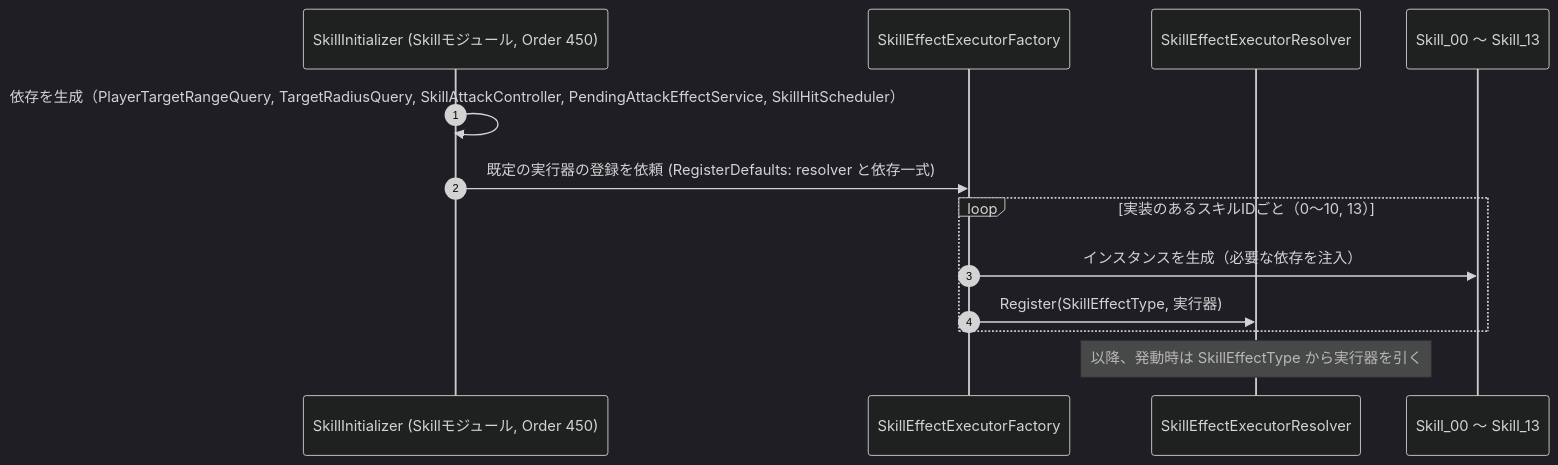
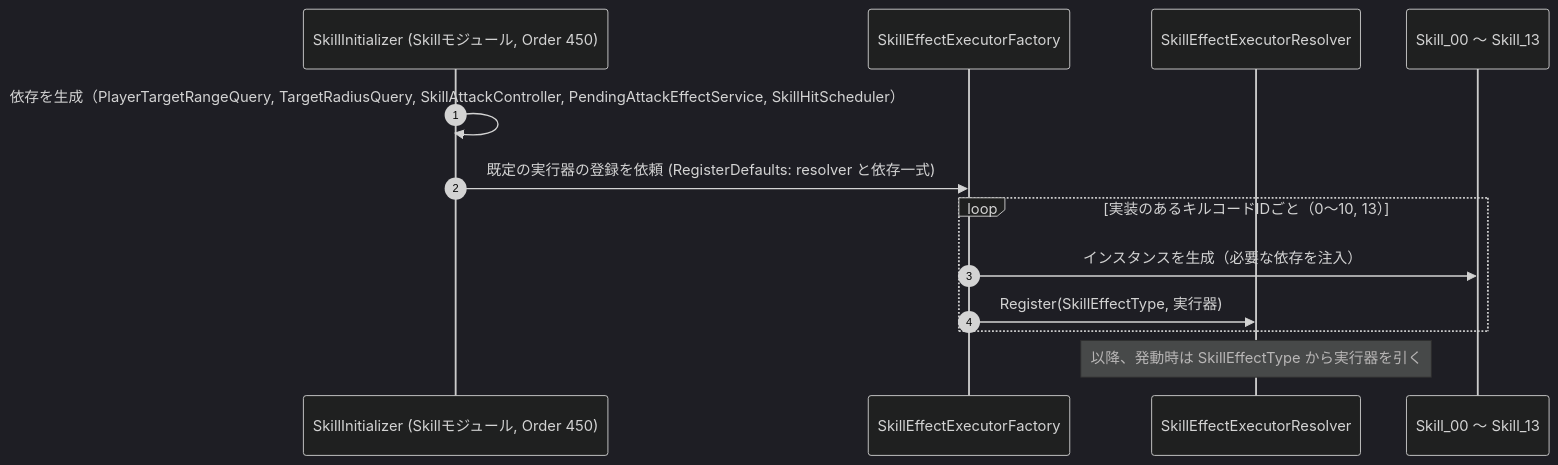
One commit to HIBIKI5201/SymphonyKillChord changed the diagram in Docs/NotionMigration/pages/A2a/3bf7c2c6-cc02-8133-b82b-de2ef61e9249.md. Above: the diagram before and after it, drawn with Mermaid (dark theme). The commit also changed other lines of this file and 175 other files, not shown here.

````diff
--- a/Docs/NotionMigration/pages/A2a/3bf7c2c6-cc02-8133-b82b-de2ef61e9249.md
+++ b/Docs/NotionMigration/pages/A2a/3bf7c2c6-cc02-8133-b82b-de2ef61e9249.md
@@ -24,16 +25,16 @@
 ```mermaid
 sequenceDiagram
     autonumber
     participant Init as SkillInitializer (Skillモジュール, Order 450)
     participant Factory as SkillEffectExecutorFactory
     participant Resolver as SkillEffectExecutorResolver
     participant Skill as Skill_00 〜 Skill_13
 
     Init ->> Init: 依存を生成（PlayerTargetRangeQuery, TargetRadiusQuery, SkillAttackController, PendingAttackEffectService, SkillHitScheduler）
     Init ->> Factory: 既定の実行器の登録を依頼 (RegisterDefaults: resolver と依存一式)
-    loop 実装のあるスキルIDごと（0〜10, 13）
+    loop 実装のあるキルコードIDごと（0〜10, 13）
         Factory ->> Skill: インスタンスを生成（必要な依存を注入）
         Factory ->> Resolver: Register(SkillEffectType, 実行器)
     end
     Note over Resolver: 以降、発動時は SkillEffectType から実行器を引く
 ```
````
